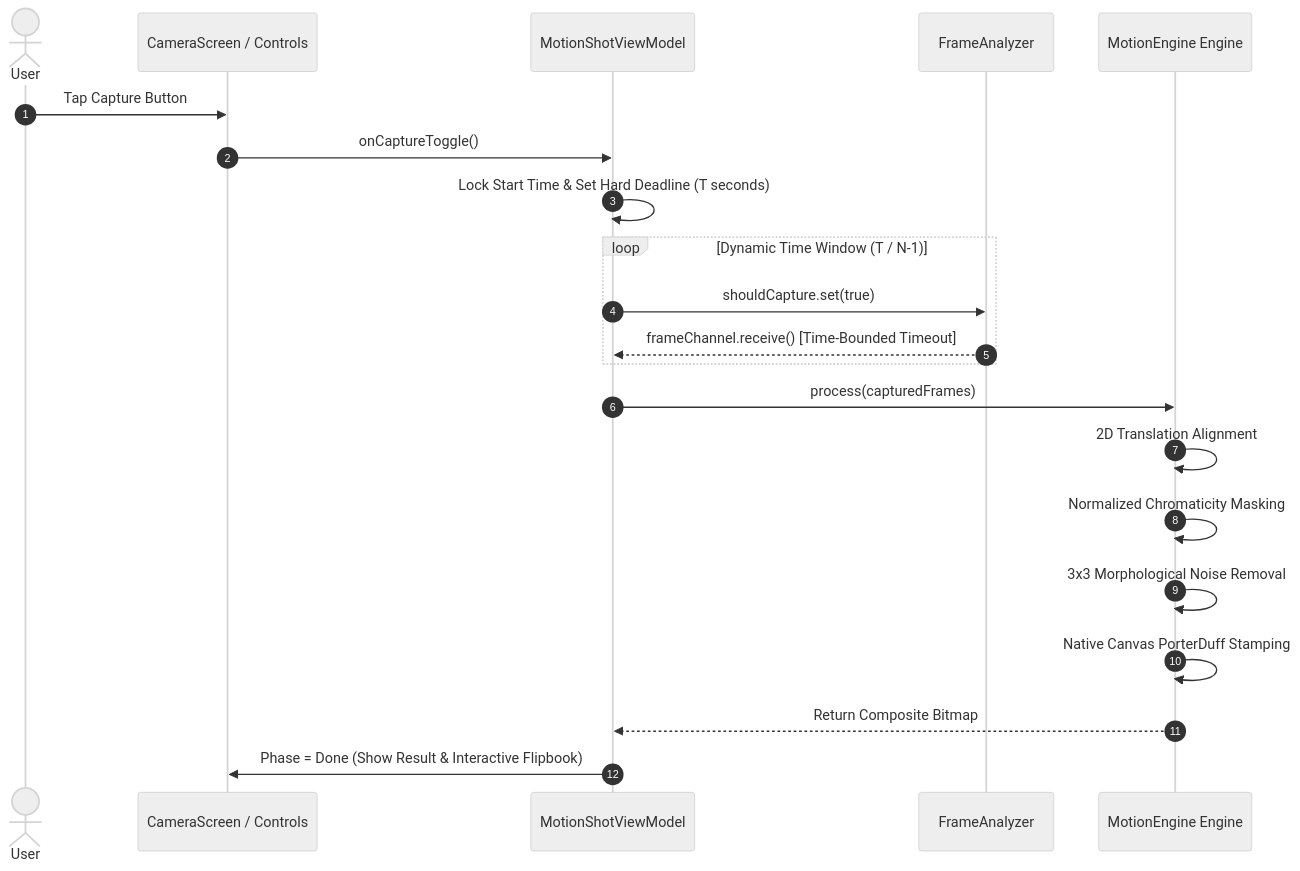
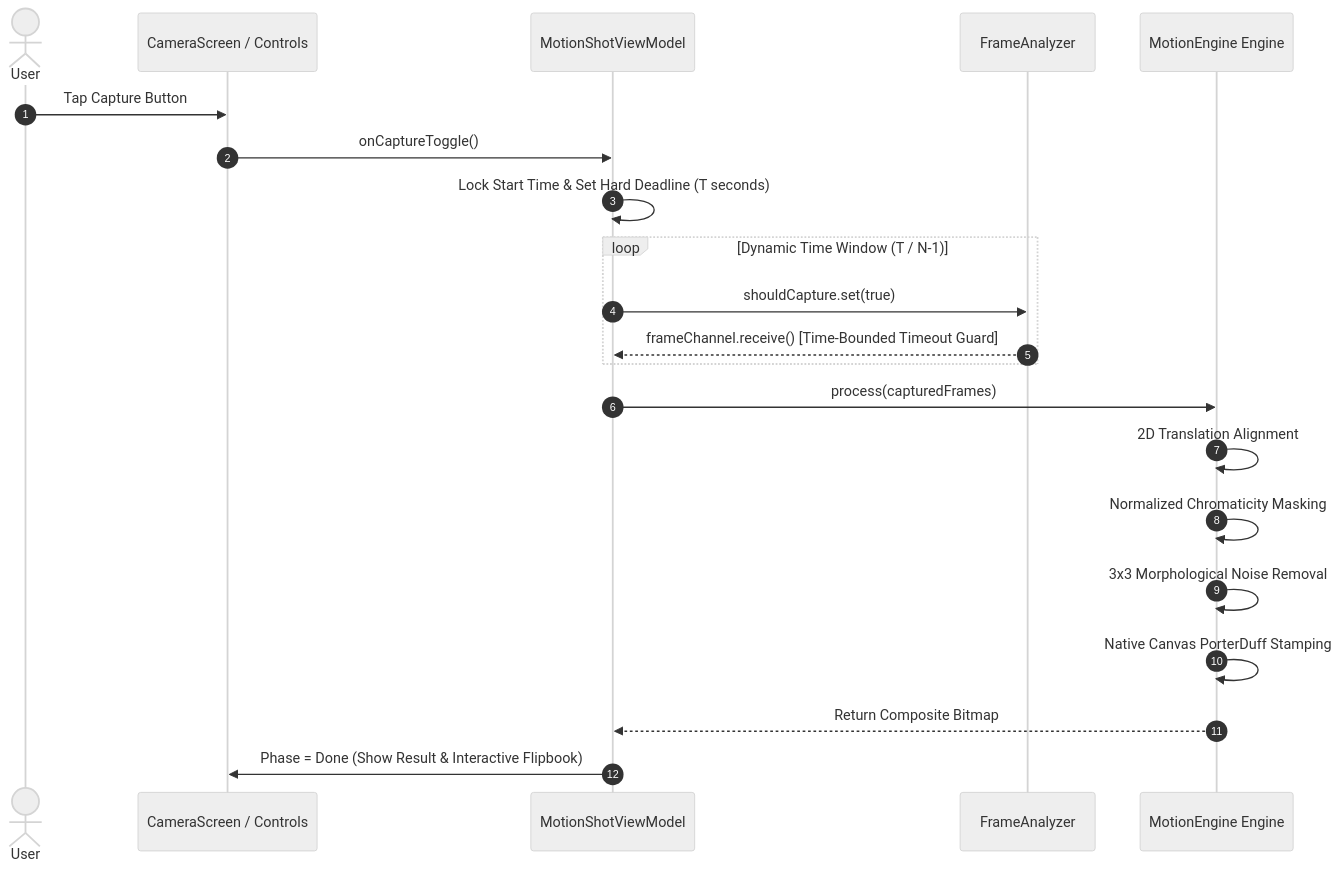
The third of 3 diagrams in README.md (AhmadHassan-BTed/MotionShot), drawn with Mermaid (neutral theme) before and after one commit. The commit also changed other lines of this file, not shown here.

Commit message:
docs: overhaul README with updated technical specifications, architectural diagrams, and feature documentation

````diff
--- a/README.md
+++ b/README.md
@@ -92,26 +131,26 @@
 ```mermaid
 sequenceDiagram
     autonumber
     actor User
     participant UI as CameraScreen / Controls
     participant VM as MotionShotViewModel
     participant Analyzer as FrameAnalyzer
     participant Engine as MotionEngine Engine
 
     User->>UI: Tap Capture Button
     UI->>VM: onCaptureToggle()
     VM->>VM: Lock Start Time & Set Hard Deadline (T seconds)
     
     loop Dynamic Time Window (T / N-1)
         VM->>Analyzer: shouldCapture.set(true)
-        Analyzer-->>VM: frameChannel.receive() [Time-Bounded Timeout]
+        Analyzer-->>VM: frameChannel.receive() [Time-Bounded Timeout Guard]
     end
 
     VM->>Engine: process(capturedFrames)
     Engine->>Engine: 2D Translation Alignment
     Engine->>Engine: Normalized Chromaticity Masking
     Engine->>Engine: 3x3 Morphological Noise Removal
     Engine->>Engine: Native Canvas PorterDuff Stamping
     Engine-->>VM: Return Composite Bitmap
     VM->>UI: Phase = Done (Show Result & Interactive Flipbook)
 ```
````
